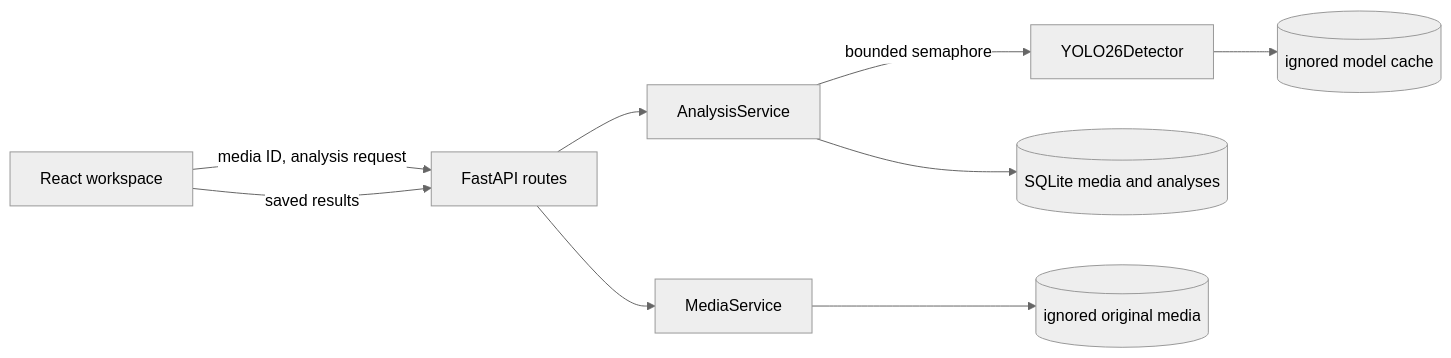
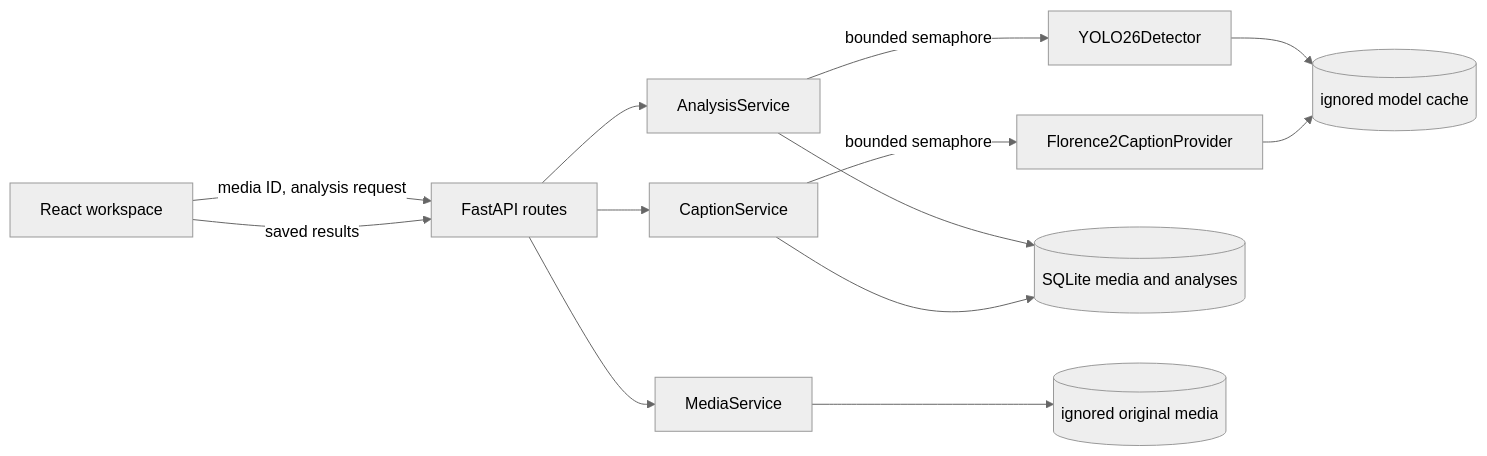
One commit to hardhik2002/AI-Engineering changed the diagram in docs/ARCHITECTURE.md. Above: the diagram before and after it, drawn with Mermaid (neutral theme). The commit also changed other lines of this file and 16 other files, not shown here.

````diff
--- a/docs/ARCHITECTURE.md
+++ b/docs/ARCHITECTURE.md
@@ -5,11 +5,15 @@
 ```mermaid
 flowchart LR
   Browser[React workspace] -->|media ID, analysis request| API[FastAPI routes]
   API --> Media[MediaService]
   API --> Analysis[AnalysisService]
+  API --> Caption[CaptionService]
   Analysis -->|bounded semaphore| Detector[YOLO26Detector]
+  Caption -->|bounded semaphore| Florence[Florence2CaptionProvider]
   Detector --> Weights[(ignored model cache)]
+  Florence --> Weights
   Analysis --> DB[(SQLite media and analyses)]
+  Caption --> DB
   Media --> Files[(ignored original media)]
   Browser -->|saved results| API
 ```
````
